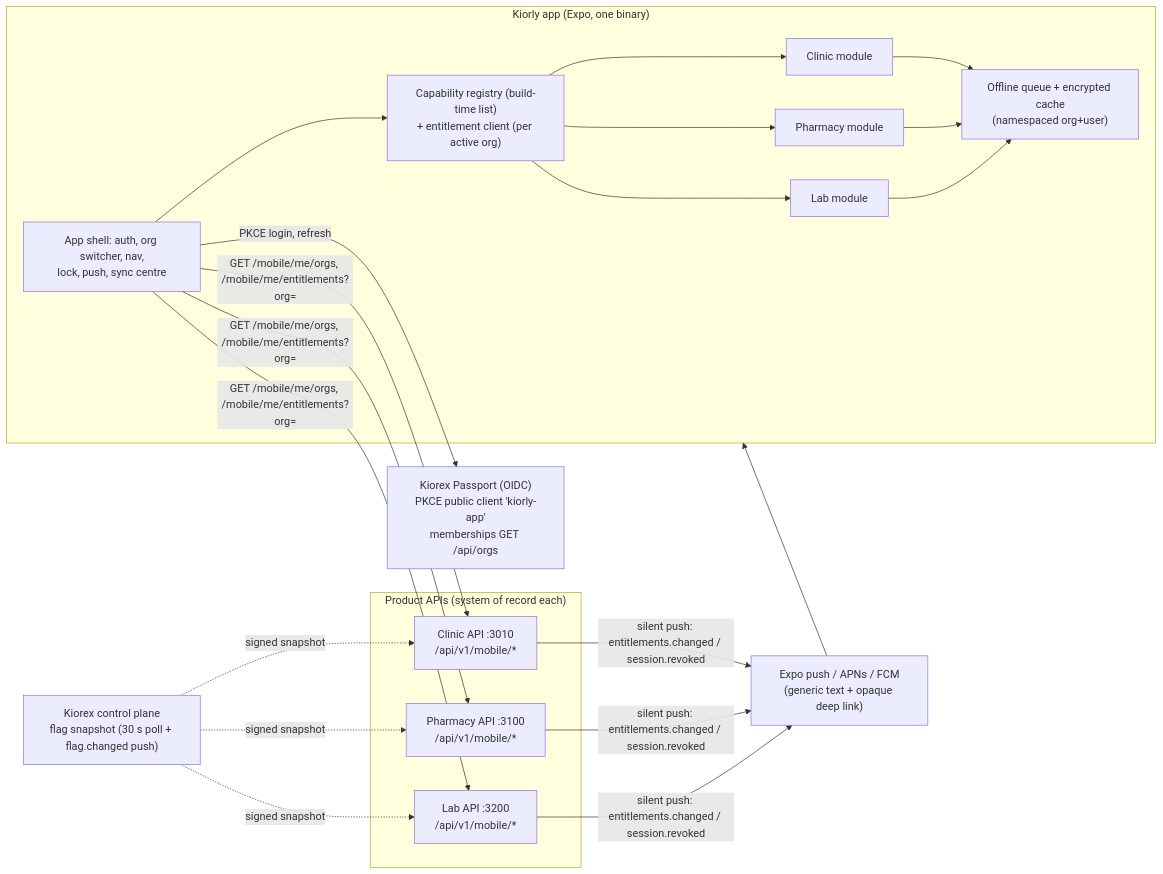
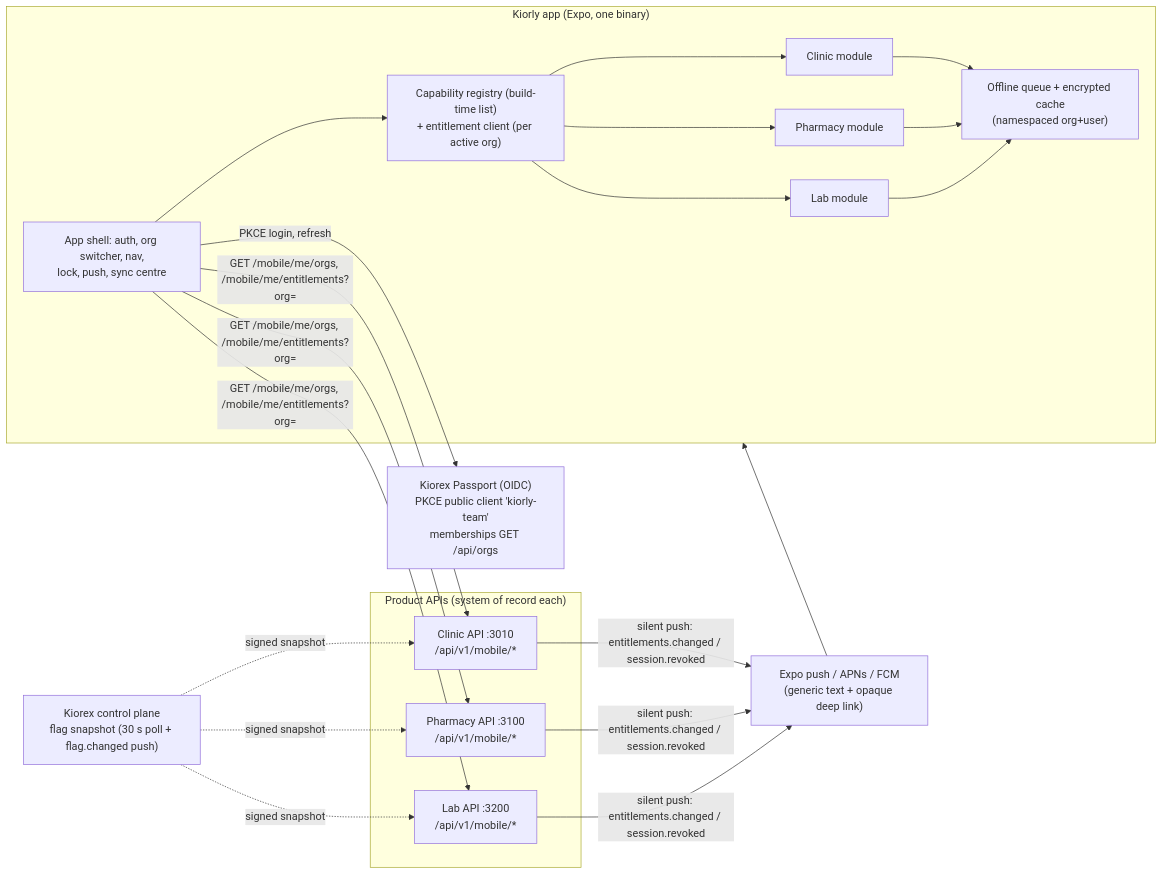
The first of 4 diagrams in _docs/mobile/MOBILE_APP_DESIGN.md (mshall/kiorex-workspace), drawn with Mermaid before and after one commit. The commit also changed other lines of this file and 30 other files, not shown here.

First line of the commit message:
Rename kiorly-work to kiorly-team across the workspace (founder decision 23 Nov 2026).

````diff
--- a/_docs/mobile/MOBILE_APP_DESIGN.md
+++ b/_docs/mobile/MOBILE_APP_DESIGN.md
@@ -35,25 +35,25 @@
 ```mermaid
 flowchart LR
   subgraph Device["Kiorly app (Expo, one binary)"]
     Shell["App shell: auth, org switcher, nav,\nlock, push, sync centre"]
     Reg["Capability registry (build-time list)\n+ entitlement client (per active org)"]
     MC["Clinic module"]
     MP["Pharmacy module"]
     ML["Lab module"]
     OQ["Offline queue + encrypted cache\n(namespaced org+user)"]
     Shell --> Reg --> MC & MP & ML
     MC & MP & ML --> OQ
   end
-  Passport["Kiorex Passport (OIDC)\nPKCE public client 'kiorly-app'\nmemberships GET /api/orgs"]
+  Passport["Kiorex Passport (OIDC)\nPKCE public client 'kiorly-team'\nmemberships GET /api/orgs"]
   subgraph APIs["Product APIs (system of record each)"]
     CA["Clinic API :3010\n/api/v1/mobile/*"]
     PA["Pharmacy API :3100\n/api/v1/mobile/*"]
     LA["Lab API :3200\n/api/v1/mobile/*"]
   end
   CP["Kiorex control plane\nflag snapshot (30 s poll + flag.changed push)"]
   Push["Expo push / APNs / FCM\n(generic text + opaque deep link)"]
   Shell -- "PKCE login, refresh" --> Passport
   Shell -- "GET /mobile/me/orgs, /mobile/me/entitlements?org=" --> CA & PA & LA
   CP -. "signed snapshot" .-> CA & PA & LA
   CA & PA & LA -- "silent push: entitlements.changed / session.revoked" --> Push --> Device
 ```
````
